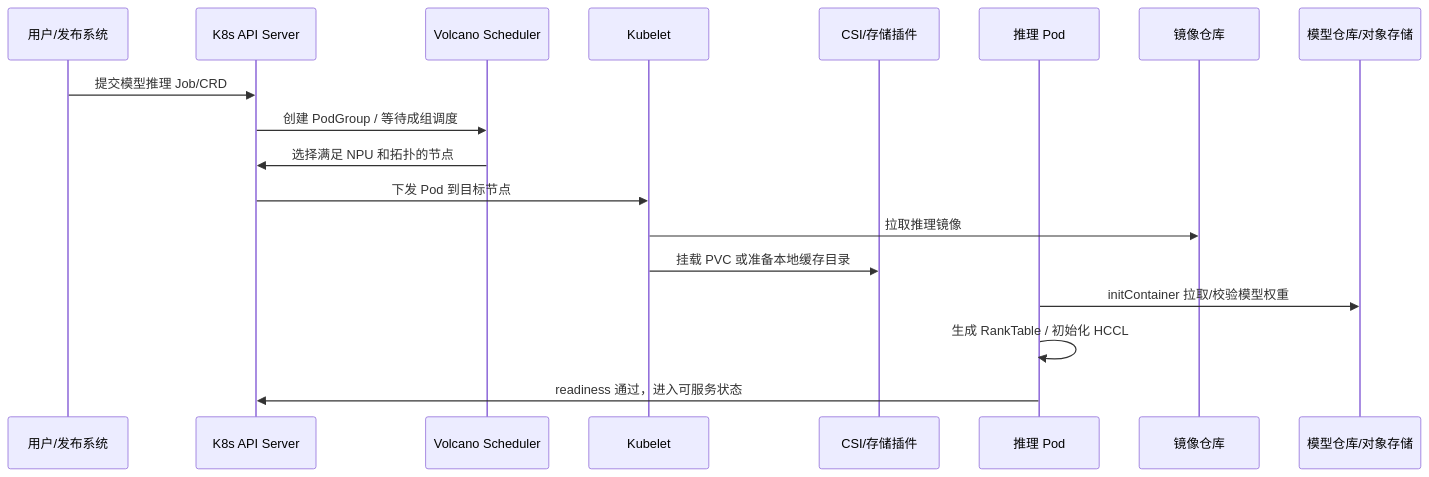
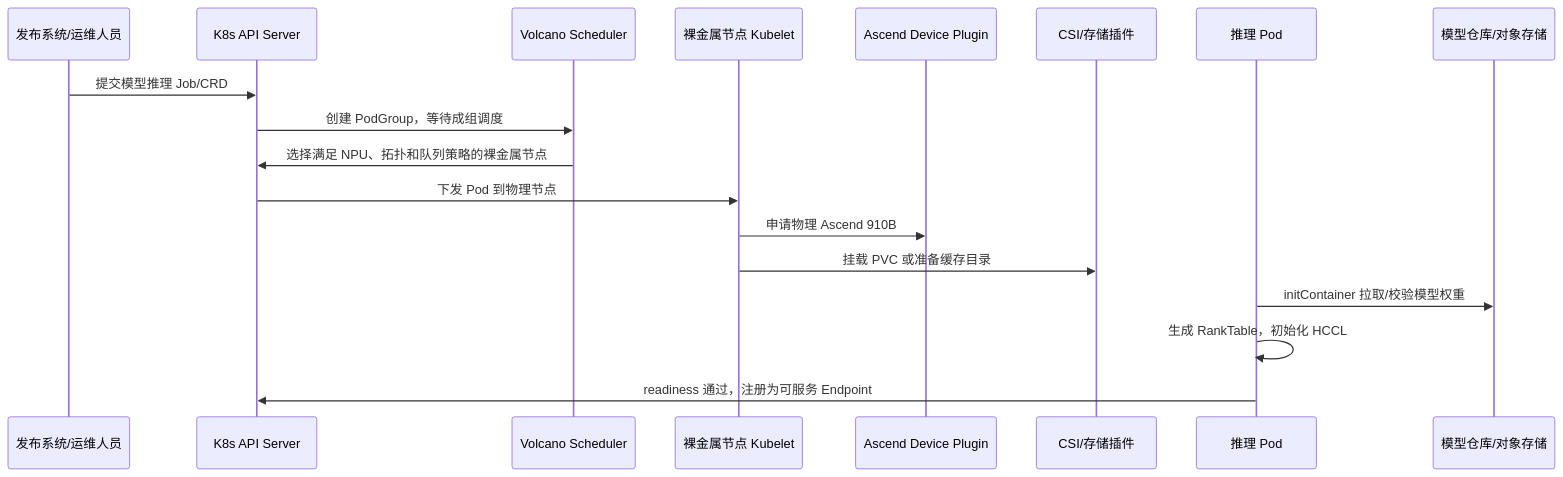
One commit to yimingren30/12306 changed the sixth of 7 diagrams in docs/ai-computing-center-network-fault-sharing.md. Above: the diagram before and after it, drawn with Mermaid. The commit also changed other lines of this file, not shown here.

Commit message:
Replace Ascend scenario with bare metal Kubernetes case

````diff
--- a/docs/ai-computing-center-network-fault-sharing.md
+++ b/docs/ai-computing-center-network-fault-sharing.md
@@ -3699,21 +3385,21 @@
 ```mermaid
 sequenceDiagram
-    participant User as 用户/发布系统
+    participant User as 发布系统/运维人员
     participant APIServer as K8s API Server
     participant Volcano as Volcano Scheduler
-    participant Kubelet as Kubelet
+    participant Kubelet as 裸金属节点 Kubelet
+    participant DevicePlugin as Ascend Device Plugin
     participant CSI as CSI/存储插件
     participant Pod as 推理 Pod
-    participant Registry as 镜像仓库
     participant ModelStore as 模型仓库/对象存储
 
     User->>APIServer: 提交模型推理 Job/CRD
-    APIServer->>Volcano: 创建 PodGroup / 等待成组调度
-    Volcano->>APIServer: 选择满足 NPU 和拓扑的节点
-    APIServer->>Kubelet: 下发 Pod 到目标节点
-    Kubelet->>Registry: 拉取推理镜像
-    Kubelet->>CSI: 挂载 PVC 或准备本地缓存目录
+    APIServer->>Volcano: 创建 PodGroup，等待成组调度
+    Volcano->>APIServer: 选择满足 NPU、拓扑和队列策略的裸金属节点
+    APIServer->>Kubelet: 下发 Pod 到物理节点
+    Kubelet->>DevicePlugin: 申请物理 Ascend 910B
+    Kubelet->>CSI: 挂载 PVC 或准备缓存目录
     Pod->>ModelStore: initContainer 拉取/校验模型权重
-    Pod->>Pod: 生成 RankTable / 初始化 HCCL
-    Pod->>APIServer: readiness 通过，进入可服务状态
+    Pod->>Pod: 生成 RankTable，初始化 HCCL
+    Pod->>APIServer: readiness 通过，注册为可服务 Endpoint
 ```
````
